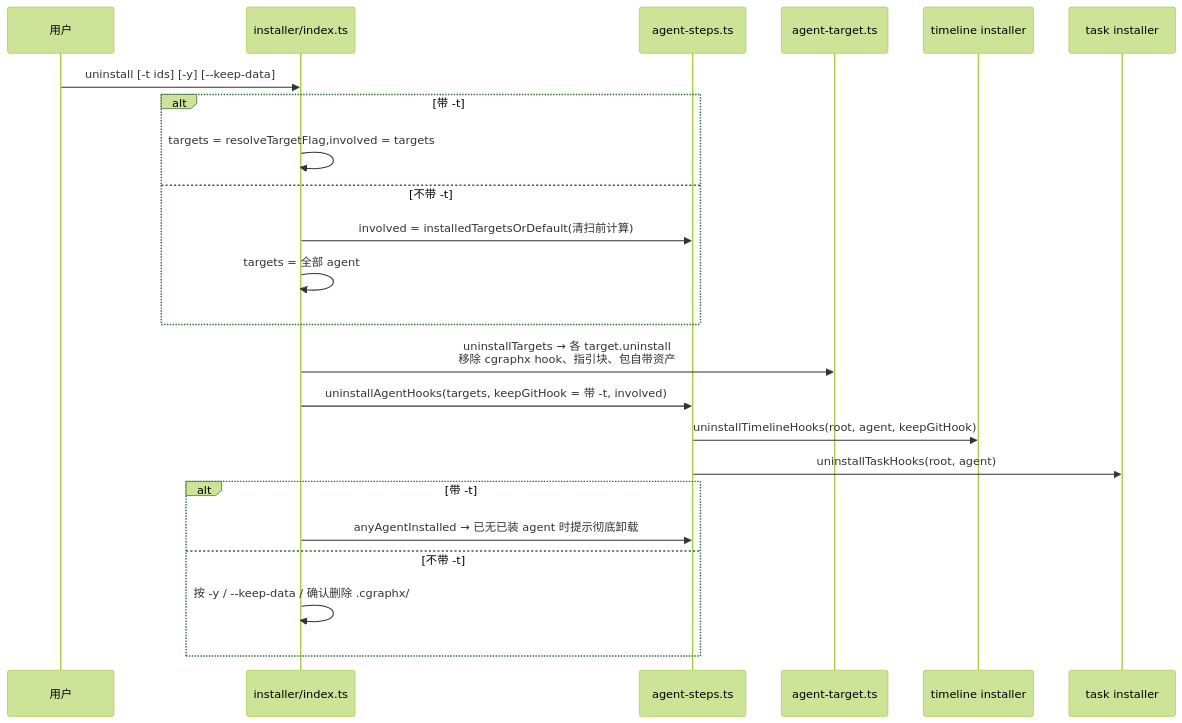
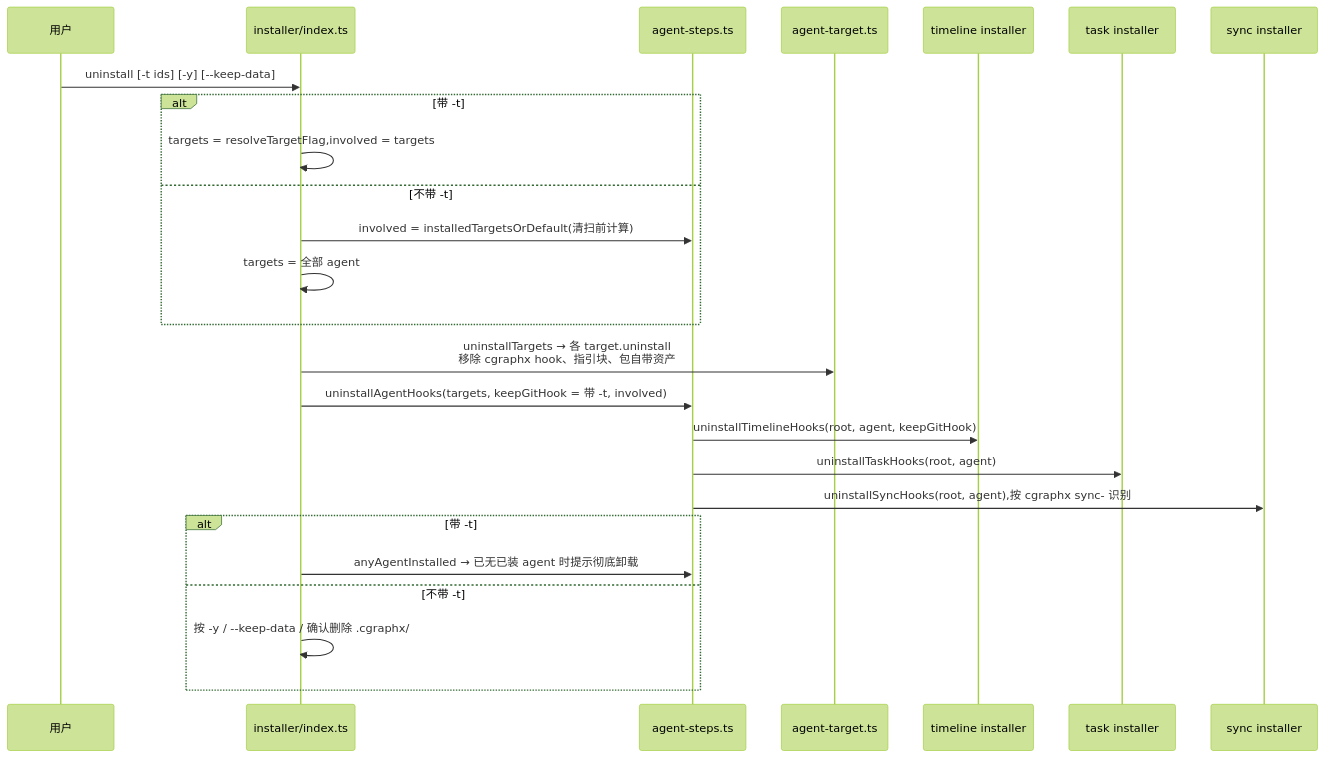
One commit to smdnkB/cgraphx changed the second of 3 diagrams in docs/code-map/flows/多agent安装.md. Above: the diagram before and after it, drawn with Mermaid (forest theme). The commit also changed other lines of this file and 5 other files, not shown here.

First line of the commit message:
docs: 代码地图新建平台上报 + 刷新 5 张受影响视图

````diff
--- a/docs/code-map/flows/多agent安装.md
+++ b/docs/code-map/flows/多agent安装.md
@@ -101,26 +104,28 @@
 ```mermaid
 sequenceDiagram
   participant U as 用户
   participant IX as installer/index.ts
   participant AS as agent-steps.ts
   participant TG as agent-target.ts
   participant TL as timeline installer
   participant TK as task installer
+  participant SY as sync installer
 
   U->>IX: uninstall [-t ids] [-y] [--keep-data]
   alt 带 -t
     IX->>IX: targets = resolveTargetFlag,involved = targets
   else 不带 -t
     IX->>AS: involved = installedTargetsOrDefault(清扫前计算)
     IX->>IX: targets = 全部 agent
   end
   IX->>TG: uninstallTargets → 各 target.uninstall<br/>移除 cgraphx hook、指引块、包自带资产
   IX->>AS: uninstallAgentHooks(targets, keepGitHook = 带 -t, involved)
   AS->>TL: uninstallTimelineHooks(root, agent, keepGitHook)
   AS->>TK: uninstallTaskHooks(root, agent)
+  AS->>SY: uninstallSyncHooks(root, agent),按 cgraphx sync- 识别
   alt 带 -t
     IX->>AS: anyAgentInstalled → 已无已装 agent 时提示彻底卸载
   else 不带 -t
     IX->>IX: 按 -y / --keep-data / 确认删除 .cgraphx/
   end
 ```
````
